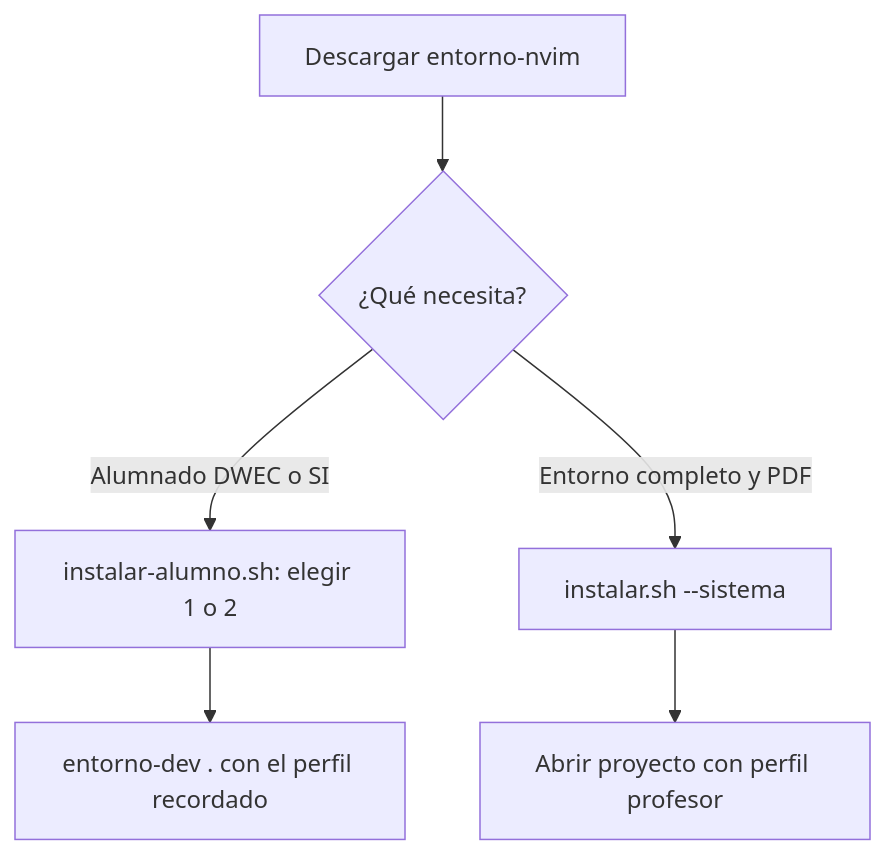
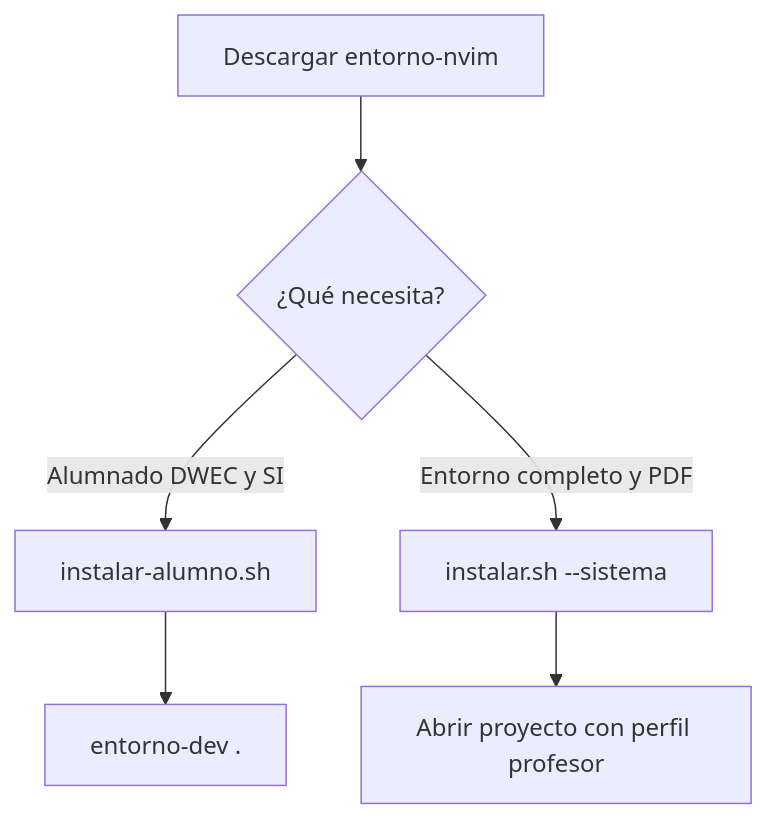
The diagram in README.md (isaiasfl/entorno-nvim), drawn with Mermaid before and after one commit. The commit also changed other lines of this file and 23 other files, not shown here.

First line of the commit message:
Unificar el perfil del alumnado y reorganizar el menú de Espacio

````diff
--- a/README.md
+++ b/README.md
@@ -118,8 +119,8 @@
 ```mermaid
 flowchart TD
     A[Descargar entorno-nvim] --> B{¿Qué necesita?}
-    B -->|Alumnado DWEC o SI| C[instalar-alumno.sh: elegir 1 o 2]
+    B -->|Alumnado DWEC y SI| C[instalar-alumno.sh]
     B -->|Entorno completo y PDF| E[instalar.sh --sistema]
-    C --> F[entorno-dev . con el perfil recordado]
+    C --> F[entorno-dev .]
     E --> H[Abrir proyecto con perfil profesor]
 ```
````
